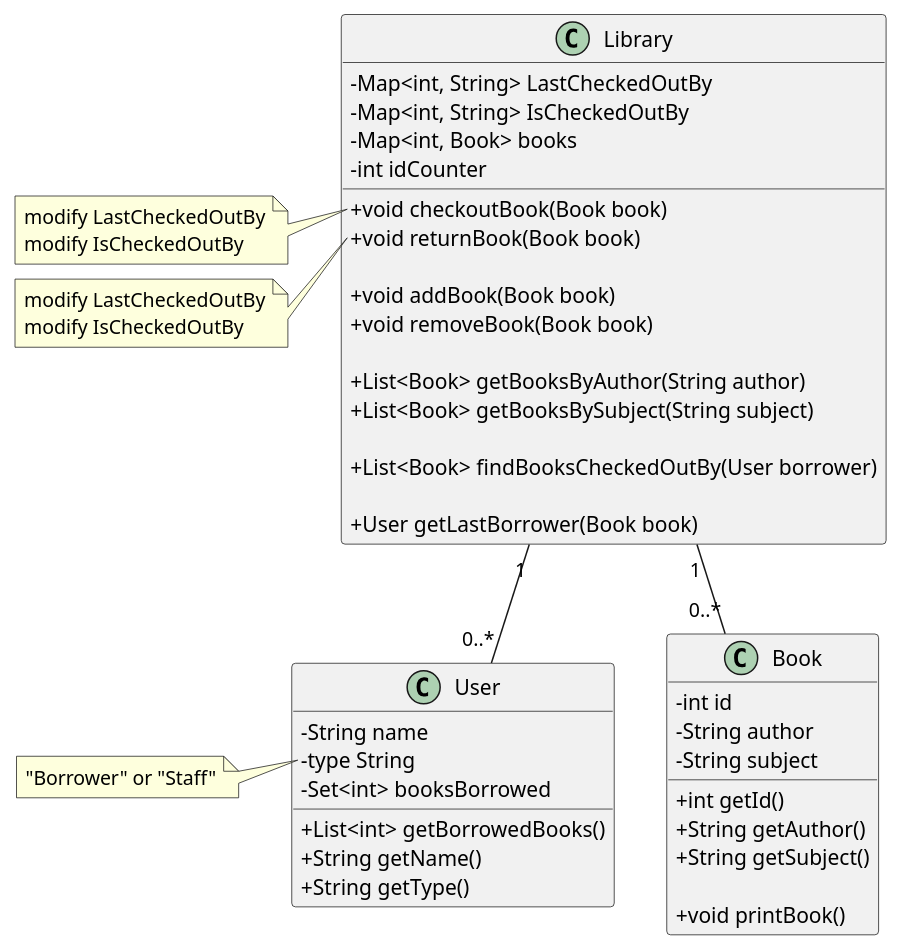
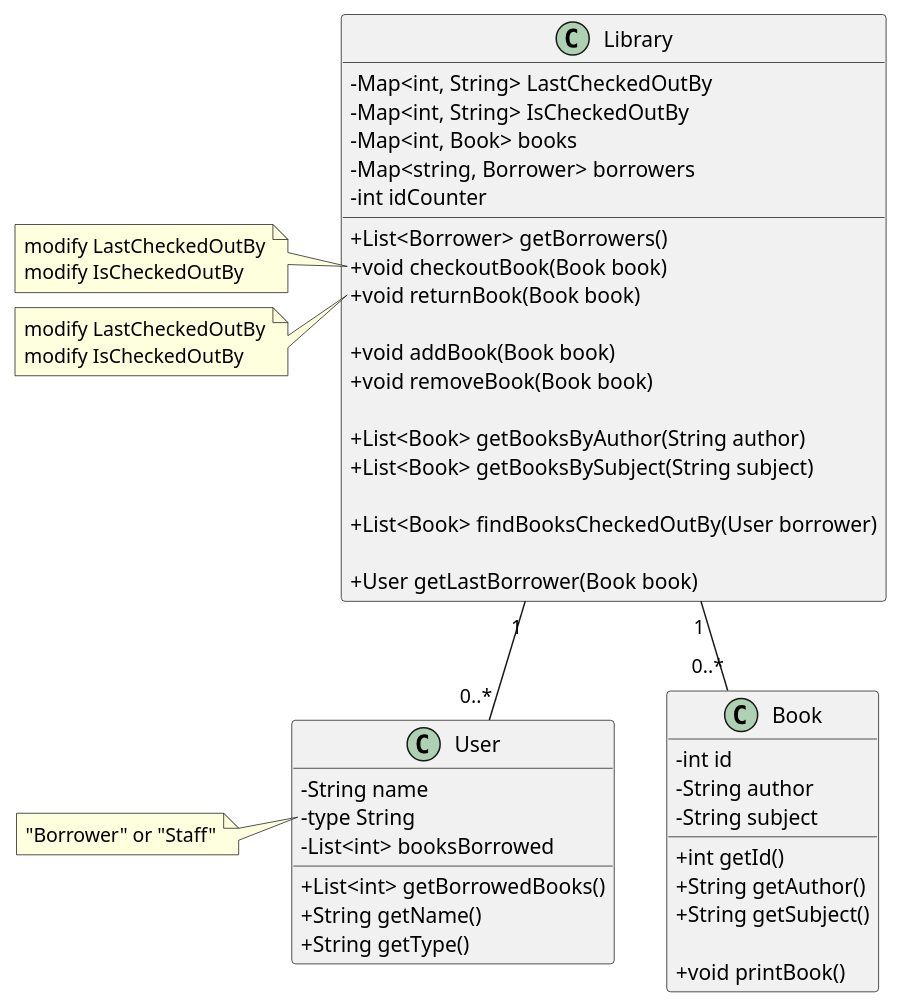
Before and after one commit to MarkLai0317/Software-Engineering-Midterm: the diagram in uml/uml-2.puml, drawn with PlantUML. The commit also changed 2 other files, not shown here.

Commit message:
all 4 uml

```diff
--- a/uml/uml-2.puml
+++ b/uml/uml-2.puml
@@ -1,65 +1,66 @@
 @startuml
 skinparam classAttributeIconSize 0
 
 class Book{
     -int id
     -String author
     -String subject
 
     +int getId()
     +String getAuthor()
     +String getSubject()
 
     +void printBook()
 }
 
 class User{
     -String name
     -type String
-    -Set<int> booksBorrowed
+    -List<int> booksBorrowed
     +List<int> getBorrowedBooks()
     +String getName()
     +String getType()
 }
 note left of User::type
     "Borrower" or "Staff"
 end note
 
 
 class Library{
 
     'store last borrower of a book'
     -Map<int, String> LastCheckedOutBy 
     -Map<int, String> IsCheckedOutBy
     -Map<int, Book> books
+    -Map<string, Borrower> borrowers
     -int idCounter
 
-
+    +List<Borrower> getBorrowers()
     +void checkoutBook(Book book)
     +void returnBook(Book book)
 
     +void addBook(Book book)
     +void removeBook(Book book)
 
     +List<Book> getBooksByAuthor(String author)
     +List<Book> getBooksBySubject(String subject)
 
     +List<Book> findBooksCheckedOutBy(User borrower)
 
     +User getLastBorrower(Book book)
 
 }
 
 Library "1" -- "0..*" Book
 Library "1" -- "0..*" User
 
 note left of  Library::checkoutBook
     modify LastCheckedOutBy
     modify IsCheckedOutBy
 end note
 
 note left of  Library::returnBook
     modify LastCheckedOutBy
     modify IsCheckedOutBy
 end note
 @enduml
```
